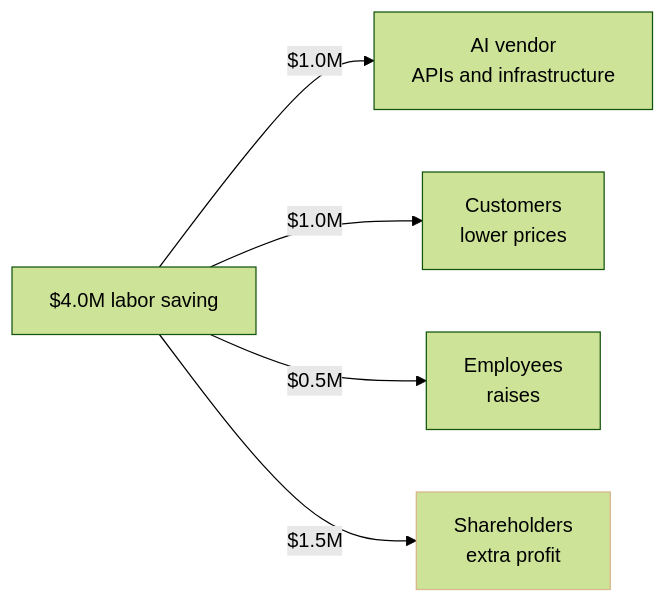
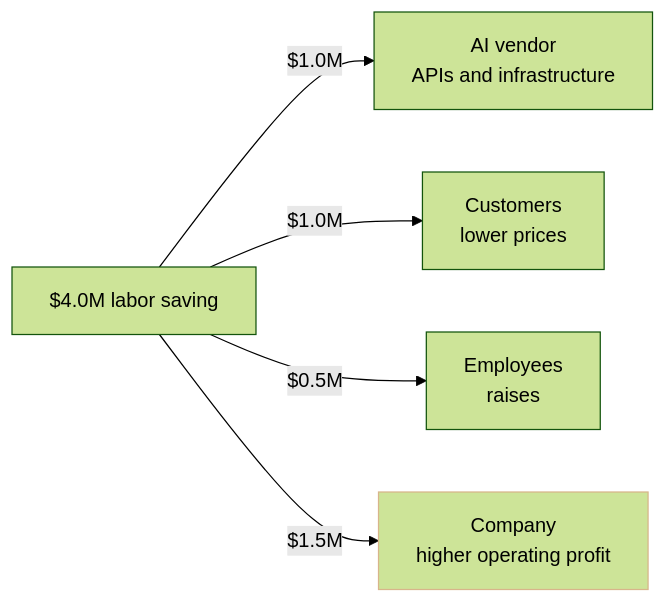
Before and after one commit to james-wang-sage/james-wang-sage.github.io: the diagram in assets/images/2026-11-15-who-captures-the-gains-from-ai-cost-savings-four-channels.mmd, drawn with Mermaid (forest theme). The commit also changed 2 other files, not shown here.

Commit message:
post: rewrite description, opening and ending per writing guide; label the $1.5M as operating profit; Sanders bill wording

```diff
--- a/assets/images/2026-11-15-who-captures-the-gains-from-ai-cost-savings-four-channels.mmd
+++ b/assets/images/2026-11-15-who-captures-the-gains-from-ai-cost-savings-four-channels.mmd
@@ -1,7 +1,7 @@
 flowchart LR
   saving["$4.0M labor saving"]
   saving -->|"$1.0M"| vendor["AI vendor<br/>APIs and infrastructure"]
   saving -->|"$1.0M"| customers["Customers<br/>lower prices"]
   saving -->|"$0.5M"| employees["Employees<br/>raises"]
-  saving -->|"$1.5M"| shareholders["Shareholders<br/>extra profit"]
+  saving -->|"$1.5M"| shareholders["Company<br/>higher operating profit"]
   style shareholders stroke:#d8b58a
```
